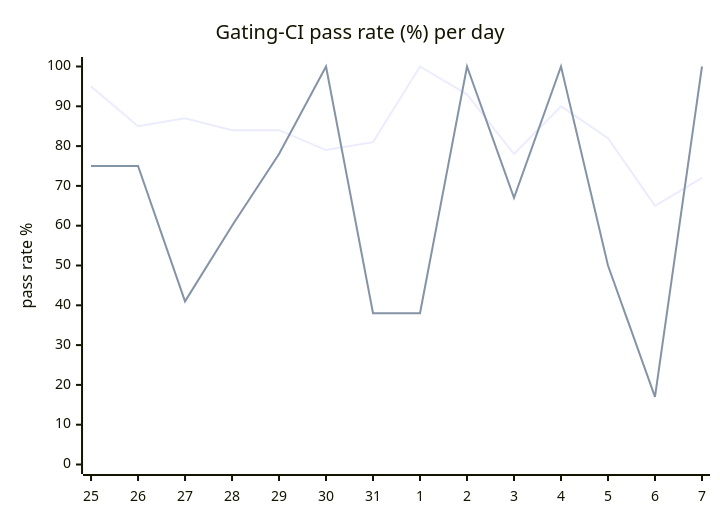
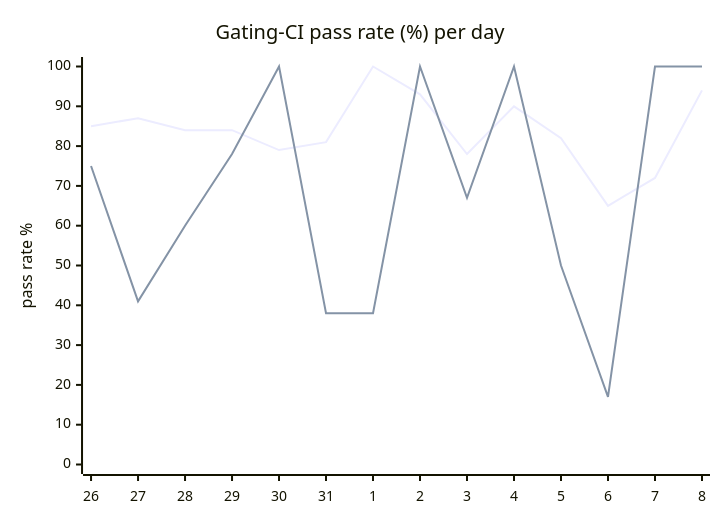
One commit to hatchet-dev/hatchet changed the diagram in hack/ci/ci-dashboard/staging/issue.md. Above: the diagram before and after it, drawn with Mermaid. The commit also changed other lines of this file, not shown here.

````diff
--- a/hack/ci/ci-dashboard/staging/issue.md
+++ b/hack/ci/ci-dashboard/staging/issue.md
@@ -9,8 +9,8 @@
 ```mermaid
 xychart-beta
   title "Gating-CI pass rate (%) per day"
-  x-axis [25, 26, 27, 28, 29, 30, 31, 1, 2, 3, 4, 5, 6, 7]
+  x-axis [26, 27, 28, 29, 30, 31, 1, 2, 3, 4, 5, 6, 7, 8]
   y-axis "pass rate %" 0 --> 100
-  line "CI" [95, 85, 87, 84, 84, 79, 81, 100, 93, 78, 90, 82, 65, 72]
-  line "main" [75, 75, 41, 60, 78, 100, 38, 38, 100, 67, 100, 50, 17, 100]
+  line "CI" [85, 87, 84, 84, 79, 81, 100, 93, 78, 90, 82, 65, 72, 94]
+  line "main" [75, 41, 60, 78, 100, 38, 38, 100, 67, 100, 50, 17, 100, 100]
 ```
````
